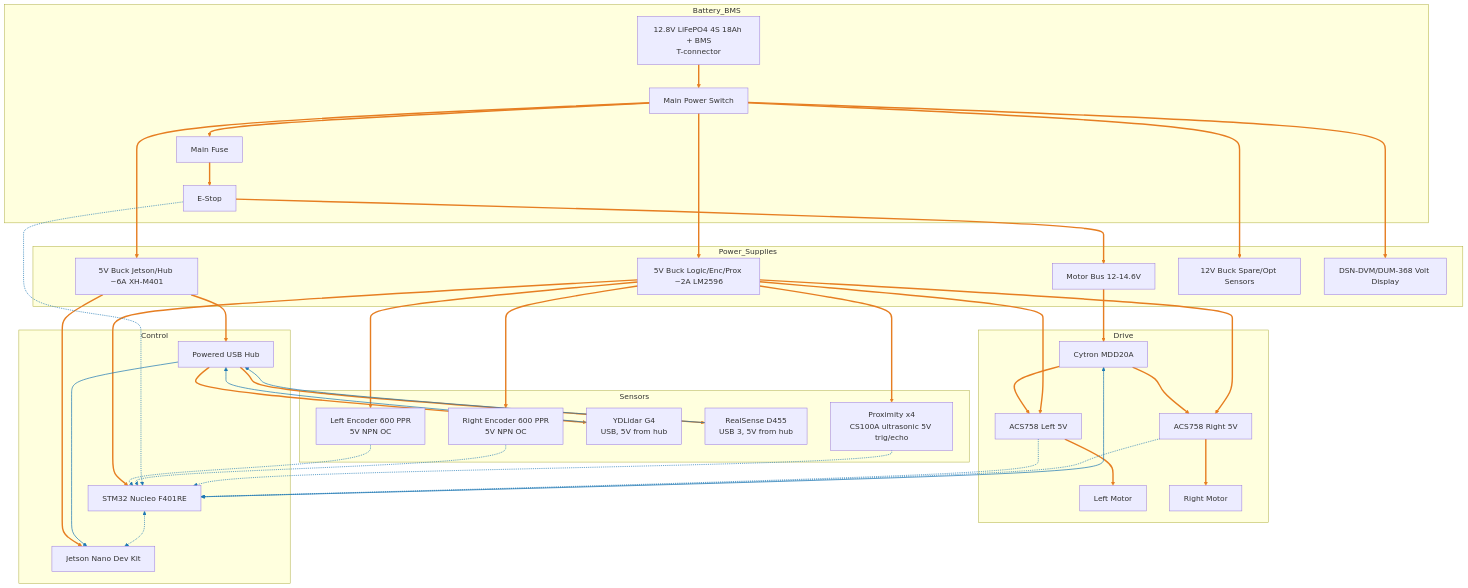
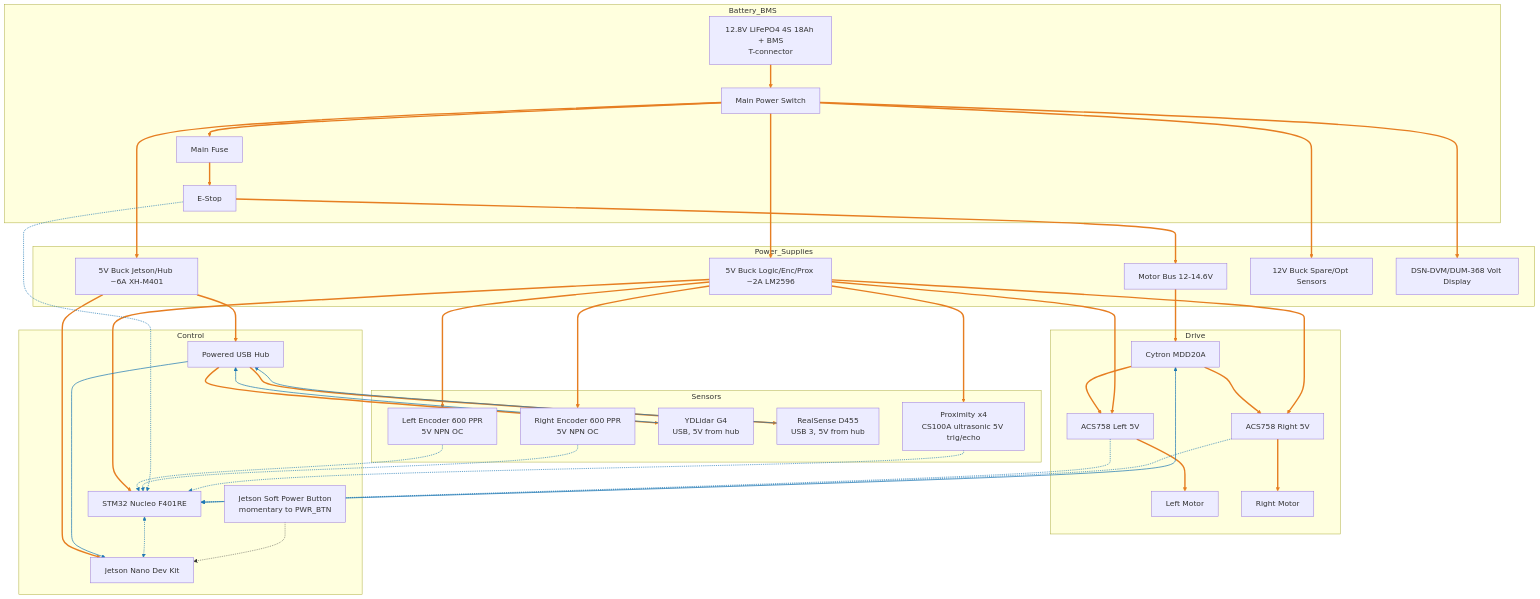
Before and after one commit to KartikMehta-1/AMR-development: the diagram in docs/hardware_block_diagram.md, drawn with Mermaid. The commit also changed other lines of this file and 1 other file, not shown here.

Commit message:
added a shutdown switch in component list

```diff
--- a/docs/hardware_block_diagram.md
+++ b/docs/hardware_block_diagram.md
@@ -45,6 +45,7 @@
     STM[STM32 Nucleo F401RE]
     JET[Jetson Nano Dev Kit]
     USBHUB[Powered USB Hub]
+    PWRBTN[Jetson Soft Power Button<br/>momentary to PWR_BTN]
   end
 
   %% Sensors
@@ -80,6 +81,7 @@
   DEPTH --> USBHUB
   USBHUB --> JET
   STM <-.-> JET
+  PWRBTN -.-> JET
 
   %% Styles: power vs data
   linkStyle 0,1,2,3,4,5,6,7,8,9,10,11,12,13,14,15,16,17,18,19,20,21,22 stroke:#e67e22,stroke-width:3px;
```
